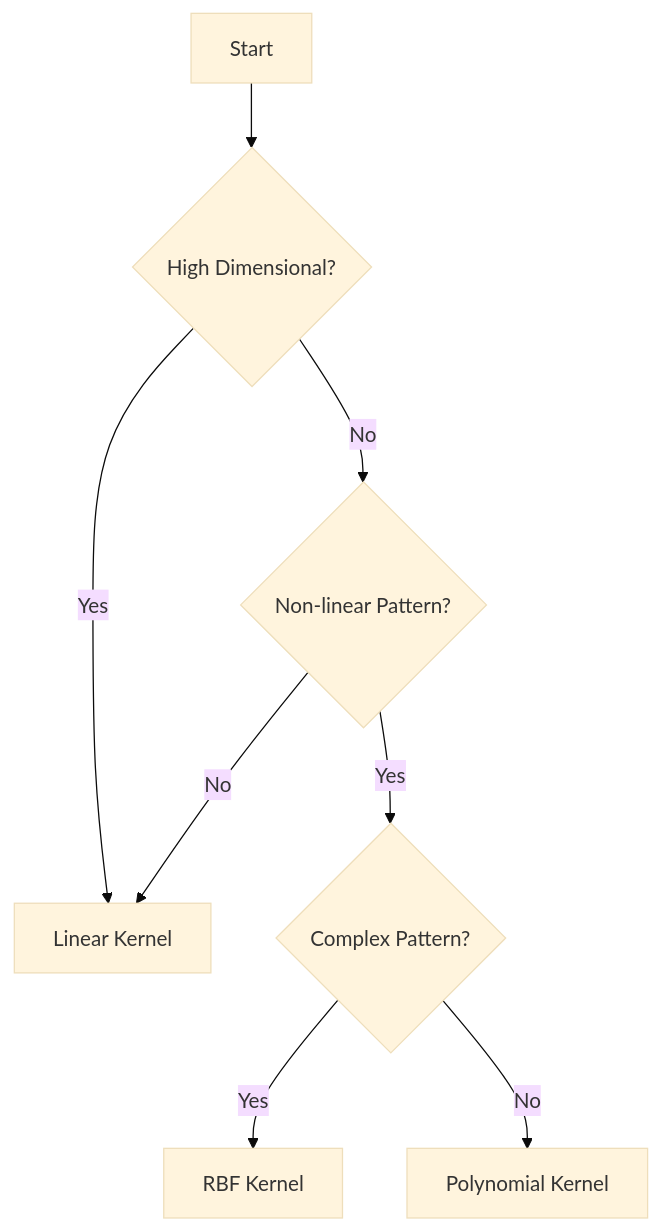
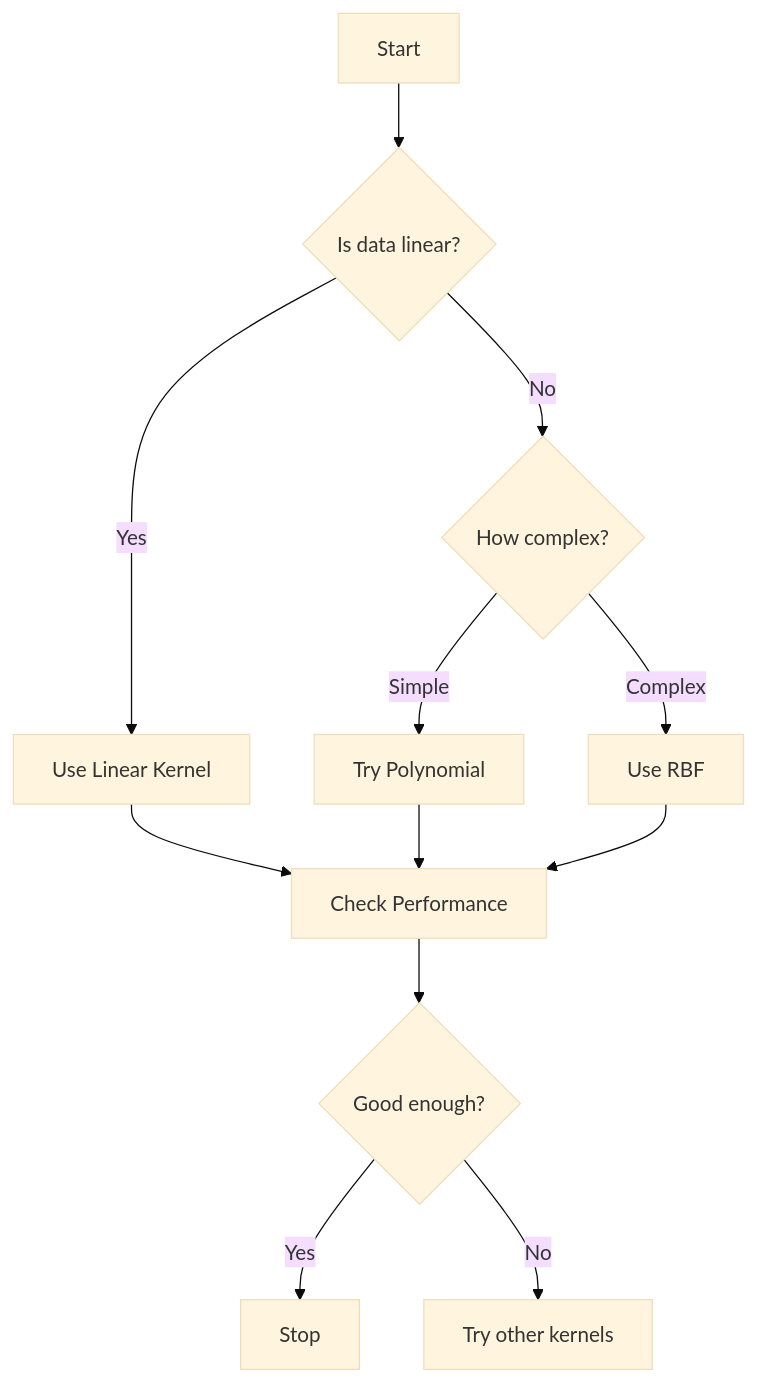
Before and after one commit to codebyshennan/tamkeen-data: the diagram in docs/5-ml-fundamentals/5.2-supervised-learning-1/svm/2-math-kernels.md, drawn with Mermaid (base theme). The commit also changed other lines of this file and 134 other files, not shown here.

````diff
--- a/docs/5-ml-fundamentals/5.2-supervised-learning-1/svm/2-math-kernels.md
+++ b/docs/5-ml-fundamentals/5.2-supervised-learning-1/svm/2-math-kernels.md
@@ -192,10 +210,14 @@
 ```mermaid
 graph TD
-    A[Start] --> B{High Dimensional?}
-    B -->|Yes| C[Linear Kernel]
-    B -->|No| D{Non-linear Pattern?}
-    D -->|Yes| E{Complex Pattern?}
-    D -->|No| C
-    E -->|Yes| F[RBF Kernel]
-    E -->|No| G[Polynomial Kernel]
+    A[Start] --> B{Is data linear?}
+    B -->|Yes| C[Use Linear Kernel]
+    B -->|No| D{How complex?}
+    D -->|Simple| E[Try Polynomial]
+    D -->|Complex| F[Use RBF]
+    C --> G[Check Performance]
+    E --> G
+    F --> G
+    G --> H{Good enough?}
+    H -->|Yes| I[Stop]
+    H -->|No| J[Try other kernels]
 ```
````
